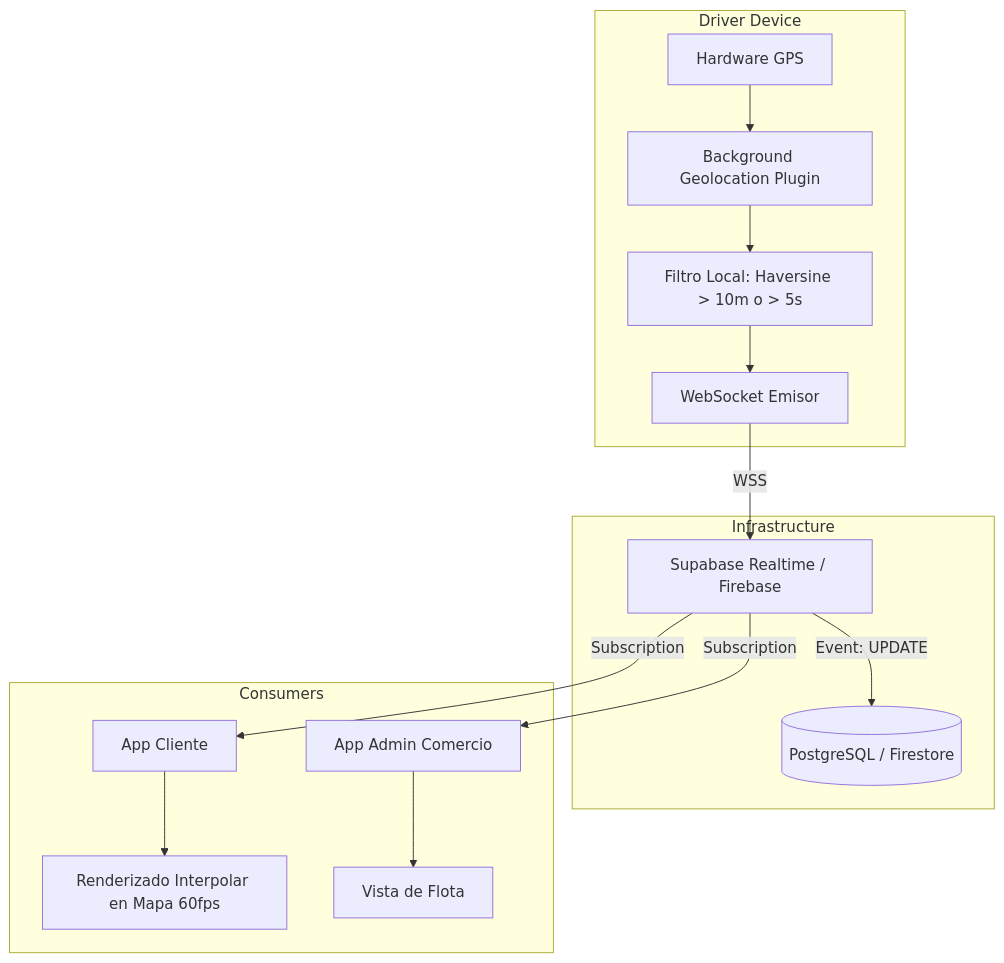
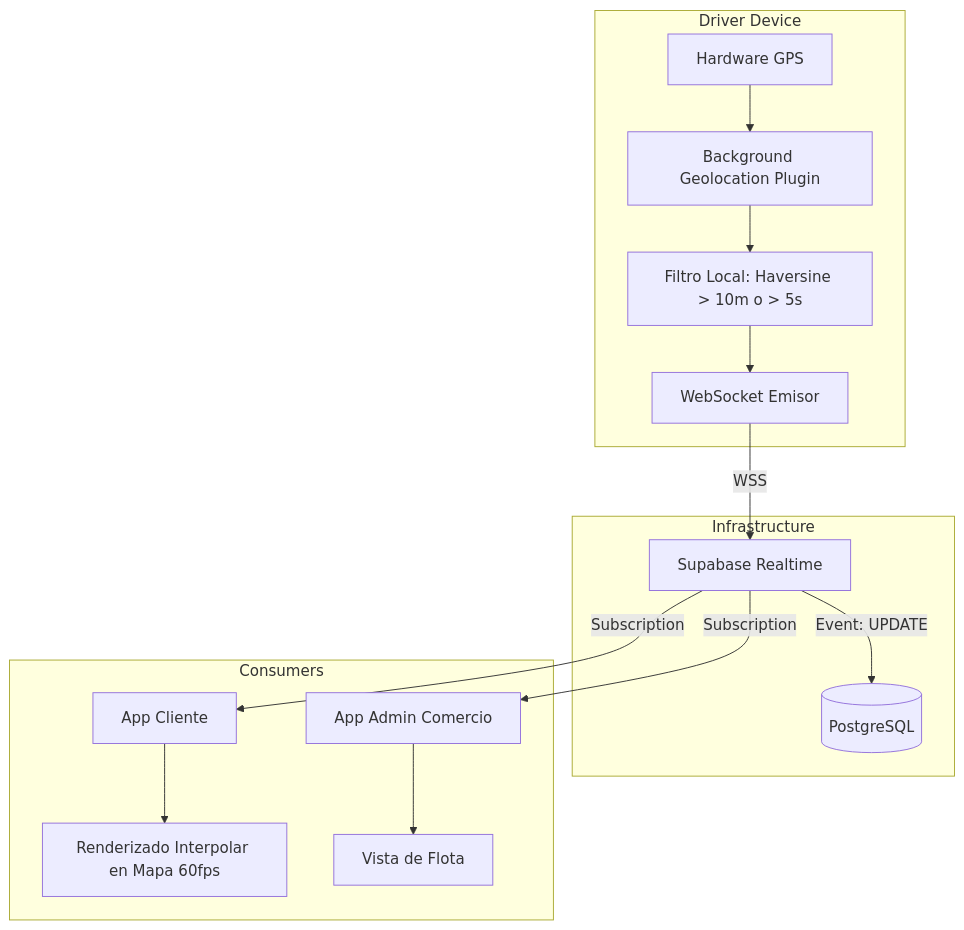
The third of 3 diagrams in .agent/docs/SYSTEM_BLUEPRINT.md (louisnaranjo1-CEO/ArepaExpress), drawn with Mermaid before and after one commit. The commit also changed other lines of this file and 6 other files, not shown here.

````diff
--- a/.agent/docs/SYSTEM_BLUEPRINT.md
+++ b/.agent/docs/SYSTEM_BLUEPRINT.md
@@ -111,20 +111,20 @@
 ```mermaid
 graph TD
     subgraph Driver Device
         GPS[Hardware GPS] --> BG[Background Geolocation Plugin]
         BG --> Filter[Filtro Local: Haversine > 10m o > 5s]
         Filter --> WS_Out[WebSocket Emisor]
     end
 
     subgraph Infrastructure
-        WS_Out --> |WSS| S_RLS[Supabase Realtime / Firebase]
-        S_RLS --> |Event: UPDATE| DB[(PostgreSQL / Firestore)]
+        WS_Out --> |WSS| S_RLS[Supabase Realtime]
+        S_RLS --> |Event: UPDATE| DB[(PostgreSQL)]
     end
 
     subgraph Consumers
         S_RLS --> |Subscription| WS_In_C[App Cliente]
         S_RLS --> |Subscription| WS_In_A[App Admin Comercio]
         WS_In_C --> MapUI_C[Renderizado Interpolar en Mapa 60fps]
         WS_In_A --> MapUI_A[Vista de Flota]
     end
 ```
````
